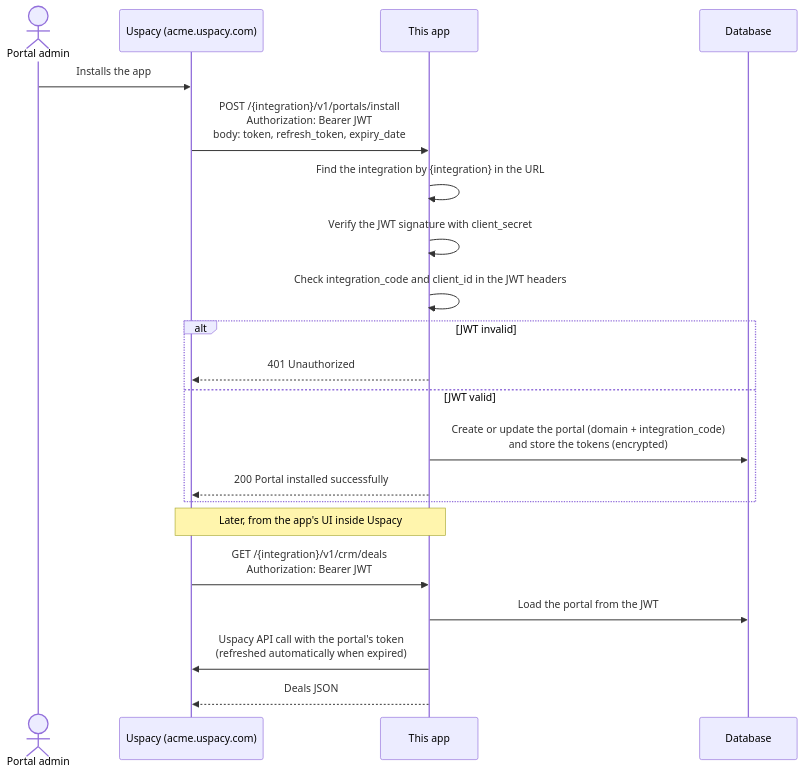
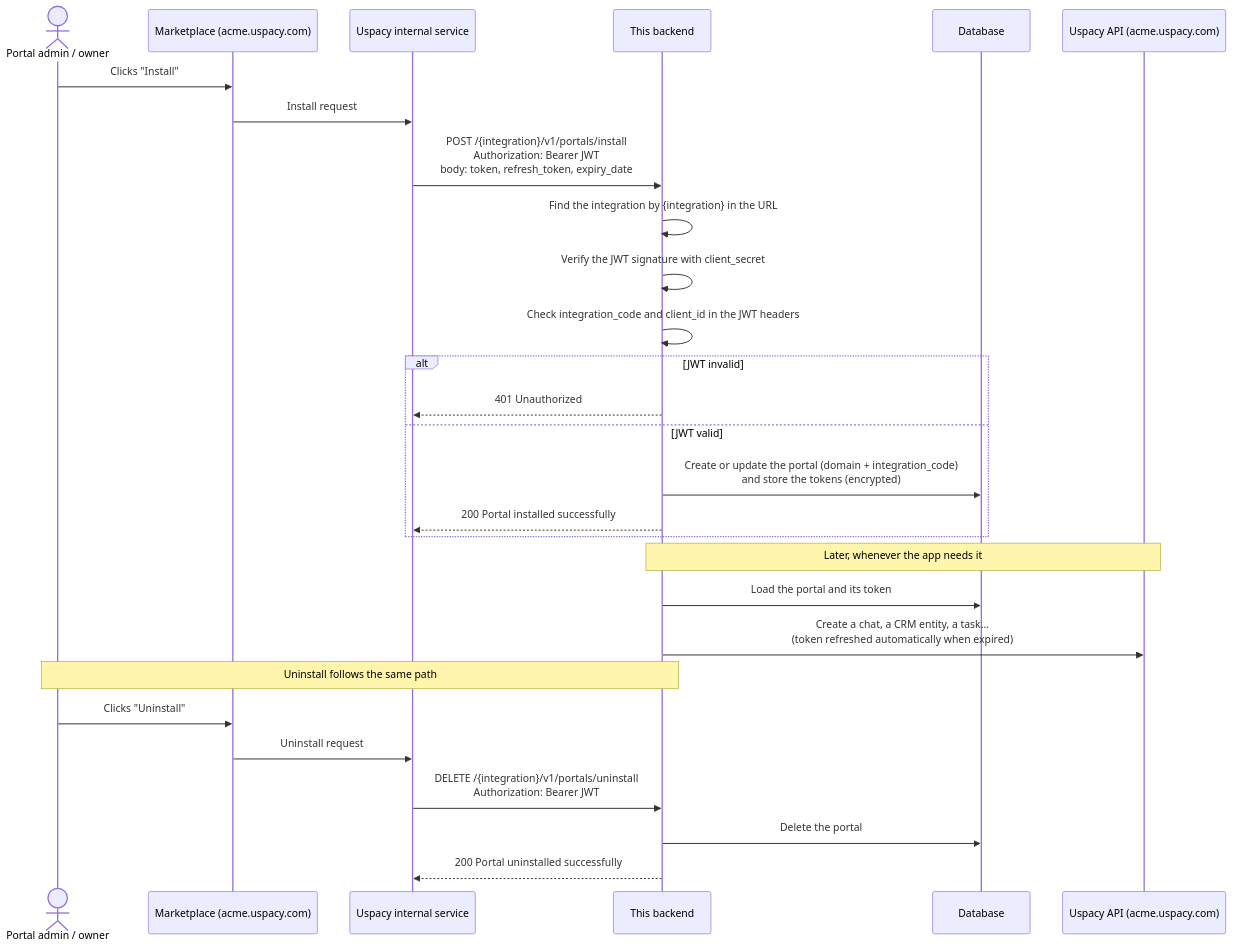
The diagram in README.md (Uspacy/app-laravel-template), drawn with Mermaid before and after one commit. The commit also changed other lines of this file and 1 other file, not shown here.

Commit message:
docs: document app registration and install/uninstall lifecycle
Explain that the Uspacy team registers apps by hand on Stage and then
production, each with its own client_id/client_secret and a shared
integration_code. Clarify that Marketplace install/uninstall is relayed
by a Uspacy internal service. Add a "Registering your app" section and
update the sequence diagram and endpoints table to match.

````diff
--- a/README.md
+++ b/README.md
@@ -18,25 +19,33 @@
 ```mermaid
 sequenceDiagram
-    actor Admin as Portal admin
-    participant U as Uspacy (acme.uspacy.com)
-    participant A as This app
+    actor Admin as Portal admin / owner
+    participant M as Marketplace (acme.uspacy.com)
+    participant S as Uspacy internal service
+    participant A as This backend
     participant DB as Database
+    participant API as Uspacy API (acme.uspacy.com)
 
-    Admin->>U: Installs the app
-    U->>A: POST /{integration}/v1/portals/install<br/>Authorization: Bearer JWT<br/>body: token, refresh_token, expiry_date
+    Admin->>M: Clicks "Install"
+    M->>S: Install request
+    S->>A: POST /{integration}/v1/portals/install<br/>Authorization: Bearer JWT<br/>body: token, refresh_token, expiry_date
     A->>A: Find the integration by {integration} in the URL
     A->>A: Verify the JWT signature with client_secret
     A->>A: Check integration_code and client_id in the JWT headers
     alt JWT invalid
-        A-->>U: 401 Unauthorized
+        A-->>S: 401 Unauthorized
     else JWT valid
         A->>DB: Create or update the portal (domain + integration_code)<br/>and store the tokens (encrypted)
-        A-->>U: 200 Portal installed successfully
+        A-->>S: 200 Portal installed successfully
     end
 
-    Note over U,A: Later, from the app's UI inside Uspacy
-    U->>A: GET /{integration}/v1/crm/deals<br/>Authorization: Bearer JWT
-    A->>DB: Load the portal from the JWT
-    A->>U: Uspacy API call with the portal's token<br/>(refreshed automatically when expired)
-    A-->>U: Deals JSON
+    Note over A,API: Later, whenever the app needs it
+    A->>DB: Load the portal and its token
+    A->>API: Create a chat, a CRM entity, a task...<br/>(token refreshed automatically when expired)
+
+    Note over Admin,A: Uninstall follows the same path
+    Admin->>M: Clicks "Uninstall"
+    M->>S: Uninstall request
+    S->>A: DELETE /{integration}/v1/portals/uninstall<br/>Authorization: Bearer JWT
+    A->>DB: Delete the portal
+    A-->>S: 200 Portal uninstalled successfully
 ```
````
